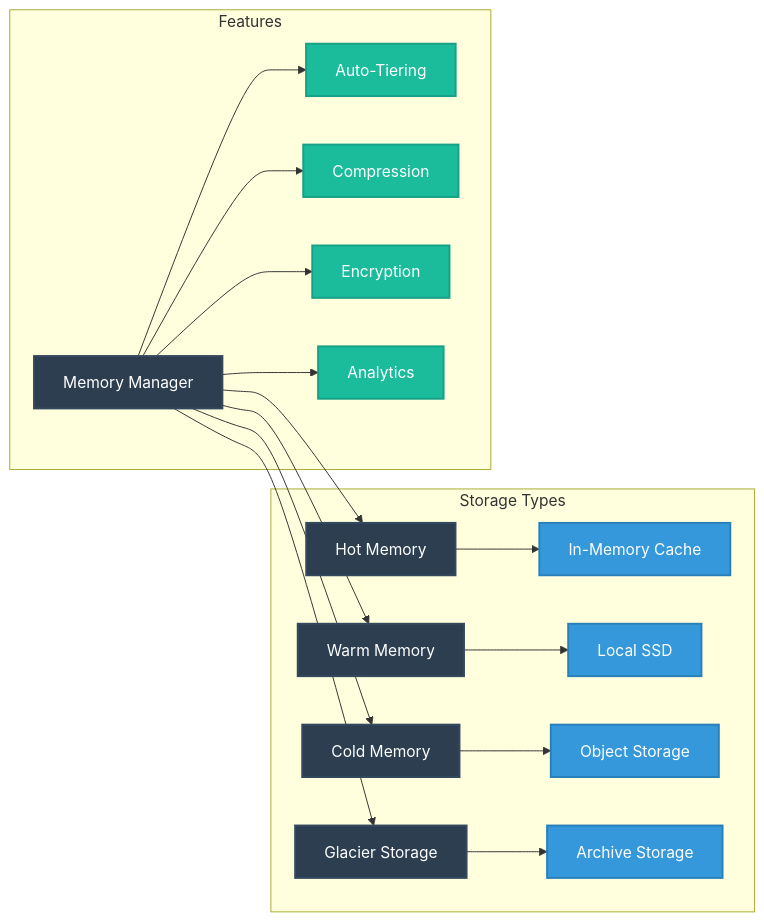
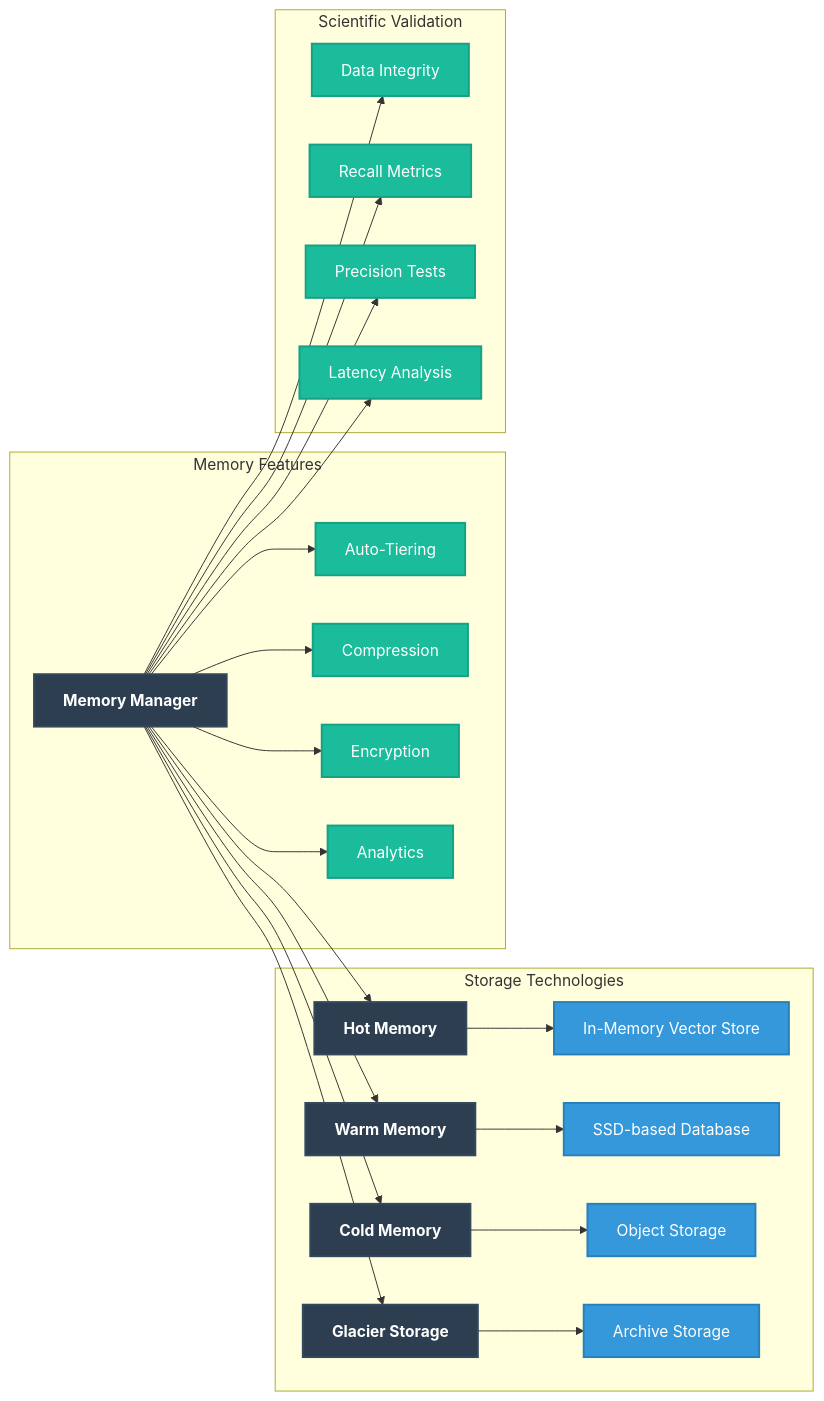
Before and after one commit to Vortx-AI/memories-dev: the sixth of 11 diagrams in README.md, drawn with Mermaid. The commit also changed other lines of this file and 2 other files, not shown here.

Commit message:
Enhanced data flow architecture in README and added detailed data flow documentation

````diff
--- a/README.md
+++ b/README.md
@@ -157,25 +389,32 @@
 ```mermaid
 graph LR
-    classDef memory fill:#2c3e50,stroke:#34495e,stroke-width:2px,color:white
+    classDef memory fill:#2c3e50,stroke:#34495e,stroke-width:2px,color:white,font-weight:bold
     classDef storage fill:#3498db,stroke:#2980b9,stroke-width:2px,color:white
     classDef features fill:#1abc9c,stroke:#16a085,stroke-width:2px,color:white
     
     A[Memory Manager]:::memory --> B[Hot Memory]:::memory
     A --> C[Warm Memory]:::memory
     A --> D[Cold Memory]:::memory
     A --> E[Glacier Storage]:::memory
     
-    subgraph Storage Types
-        B --> F[In-Memory Cache]:::storage
-        C --> G[Local SSD]:::storage
+    subgraph Storage Technologies
+        B --> F[In-Memory Vector Store]:::storage
+        C --> G[SSD-based Database]:::storage
         D --> H[Object Storage]:::storage
         E --> I[Archive Storage]:::storage
     end
     
-    subgraph Features
+    subgraph Memory Features
         A --> J[Auto-Tiering]:::features
         A --> K[Compression]:::features
         A --> L[Encryption]:::features
         A --> M[Analytics]:::features
     end
+    
+    subgraph Scientific Validation
+        A --> N[Data Integrity]:::features
+        A --> O[Recall Metrics]:::features
+        A --> P[Precision Tests]:::features
+        A --> Q[Latency Analysis]:::features
+    end
 ```
````
